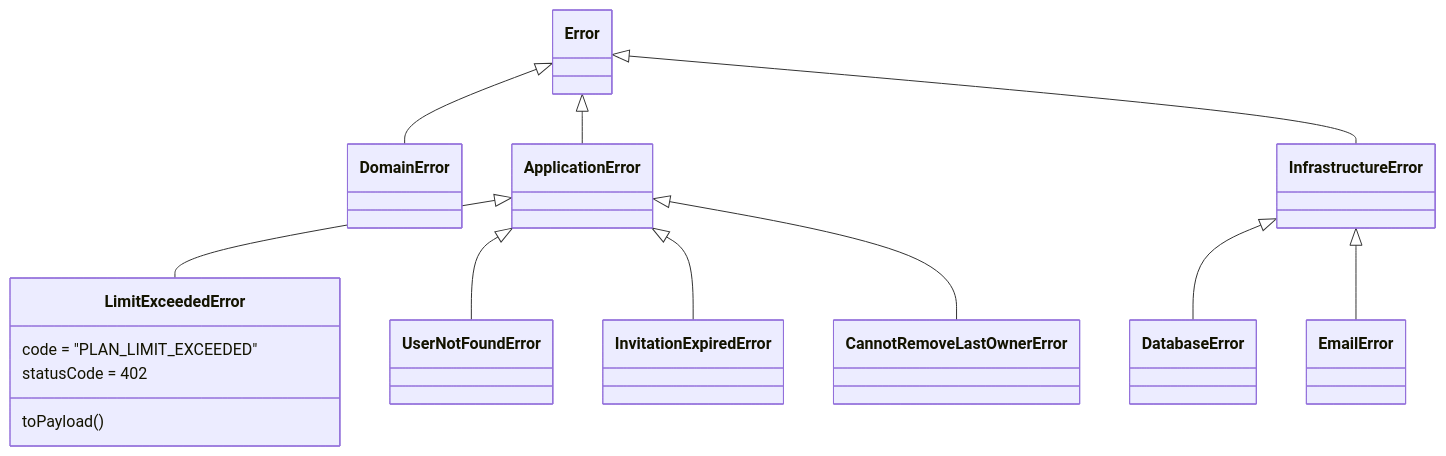
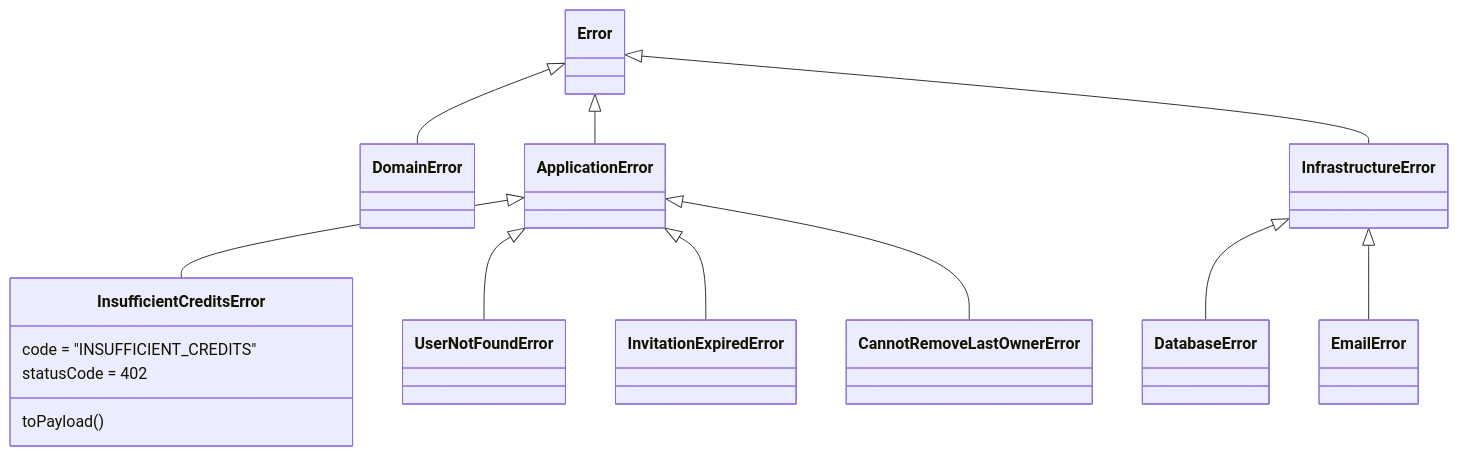
The third of 3 diagrams in docs/architecture.md (Santaval/delivo-api), drawn with Mermaid before and after one commit. The commit also changed other lines of this file and 34 other files, not shown here.

First line of the commit message:
refactor(billing): remove subscription and plan-limit code, rewrite billing docs for credits

````diff
--- a/docs/architecture.md
+++ b/docs/architecture.md
@@ -182,17 +181,17 @@
 ```mermaid
 classDiagram
     Error <|-- DomainError
     Error <|-- ApplicationError
     Error <|-- InfrastructureError
-    ApplicationError <|-- LimitExceededError
+    ApplicationError <|-- InsufficientCreditsError
     ApplicationError <|-- UserNotFoundError
     ApplicationError <|-- InvitationExpiredError
     ApplicationError <|-- CannotRemoveLastOwnerError
     InfrastructureError <|-- DatabaseError
     InfrastructureError <|-- EmailError
-    class LimitExceededError {
-      code = "PLAN_LIMIT_EXCEEDED"
+    class InsufficientCreditsError {
+      code = "INSUFFICIENT_CREDITS"
       statusCode = 402
       toPayload()
     }
 ```
````
